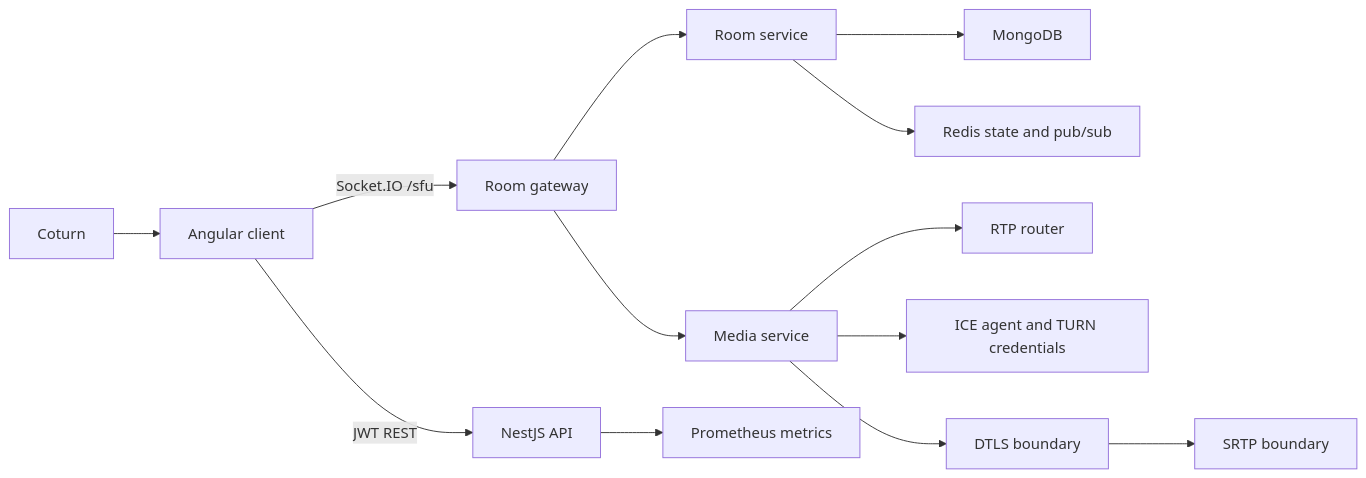
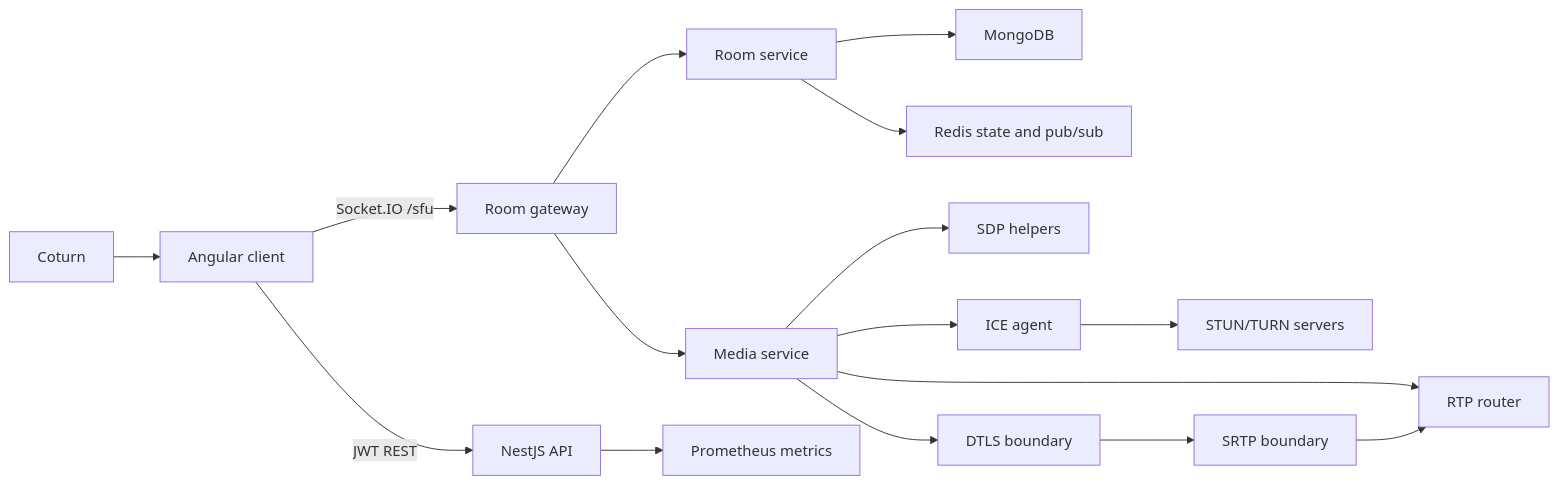
The first of 2 diagrams in docs/architecture.md (Suman201/SFU), drawn with Mermaid before and after one commit. The commit also changed other lines of this file and 79 other files, not shown here.

````diff
--- a/docs/architecture.md
+++ b/docs/architecture.md
@@ -5,15 +5,18 @@
 ```mermaid
 flowchart LR
   Browser["Angular client"] -->|"JWT REST"| API["NestJS API"]
   Browser -->|"Socket.IO /sfu"| Gateway["Room gateway"]
   Gateway --> Rooms["Room service"]
   Rooms --> Mongo["MongoDB"]
   Rooms --> Redis["Redis state and pub/sub"]
   Gateway --> Media["Media service"]
   Media --> RTP["RTP router"]
-  Media --> ICE["ICE agent and TURN credentials"]
+  Media --> SDP["SDP helpers"]
+  Media --> ICE["ICE agent"]
+  ICE --> STUN["STUN/TURN servers"]
   Media --> DTLS["DTLS boundary"]
   DTLS --> SRTP["SRTP boundary"]
+  SRTP --> RTP
   API --> Metrics["Prometheus metrics"]
   Coturn["Coturn"] --> Browser
 ```
````
